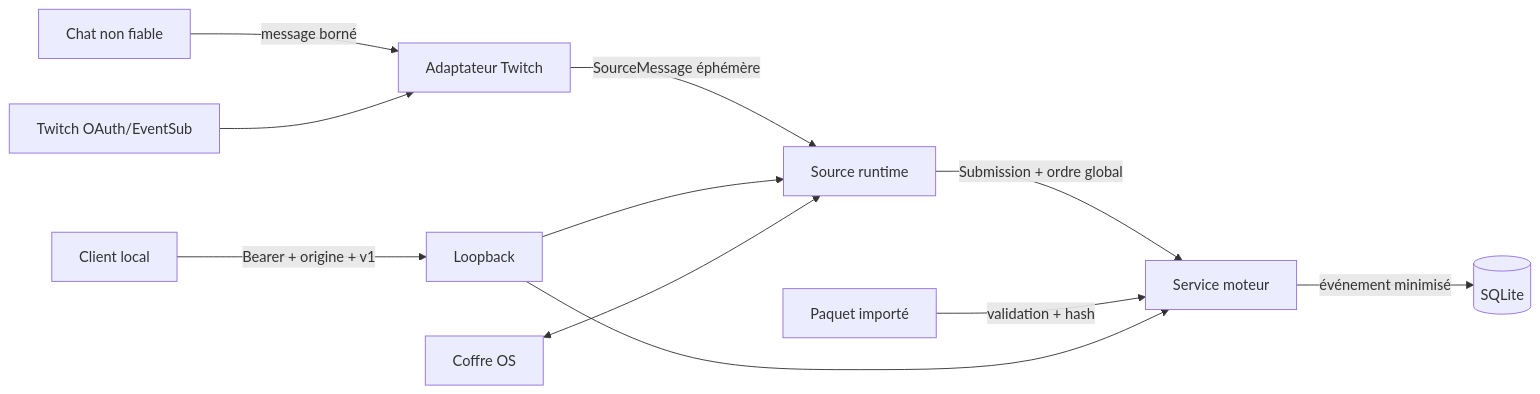
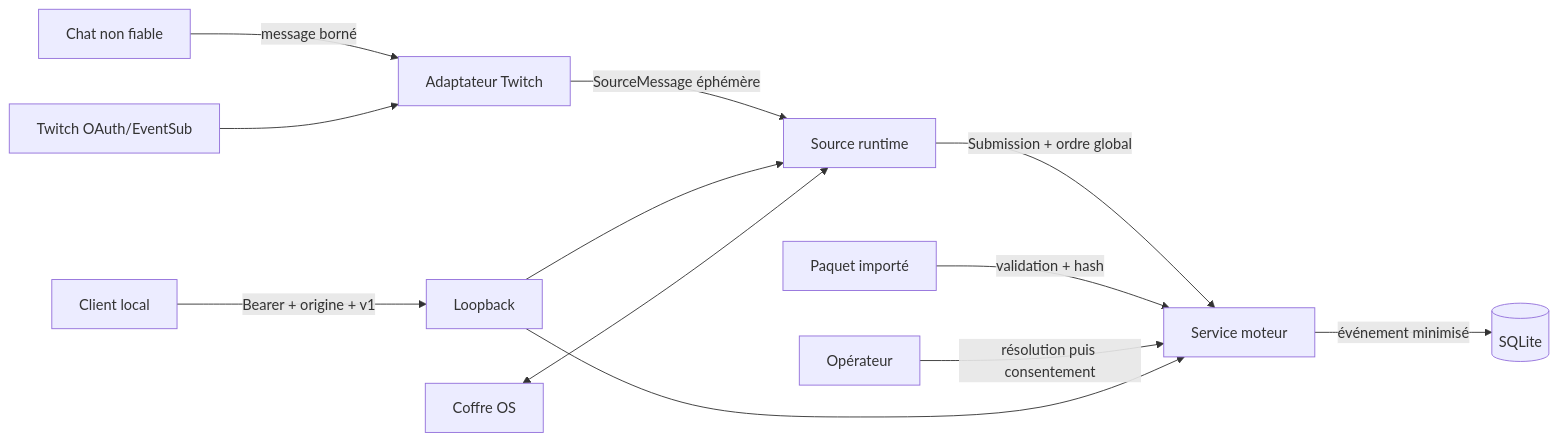
The diagram in docs/product/threat-model.md (W-D0n/semantic-engine), drawn with Mermaid before and after one commit. The commit also changed other lines of this file and 50 other files, not shown here.

````diff
--- a/docs/product/threat-model.md
+++ b/docs/product/threat-model.md
@@ -20,13 +21,14 @@
 ```mermaid
 flowchart LR
     U["Chat non fiable"] -->|message borné| A["Adaptateur Twitch"]
     T["Twitch OAuth/EventSub"] --> A
     A -->|SourceMessage éphémère| R["Source runtime"]
     R -->|Submission + ordre global| E["Service moteur"]
     P["Paquet importé"] -->|validation + hash| E
+    O["Opérateur"] -->|résolution puis consentement| E
     E -->|événement minimisé| D[("SQLite")]
     W["Client local"] -->|Bearer + origine + v1| L["Loopback"]
     L --> E
     L --> R
     V["Coffre OS"] <--> R
 ```
````
